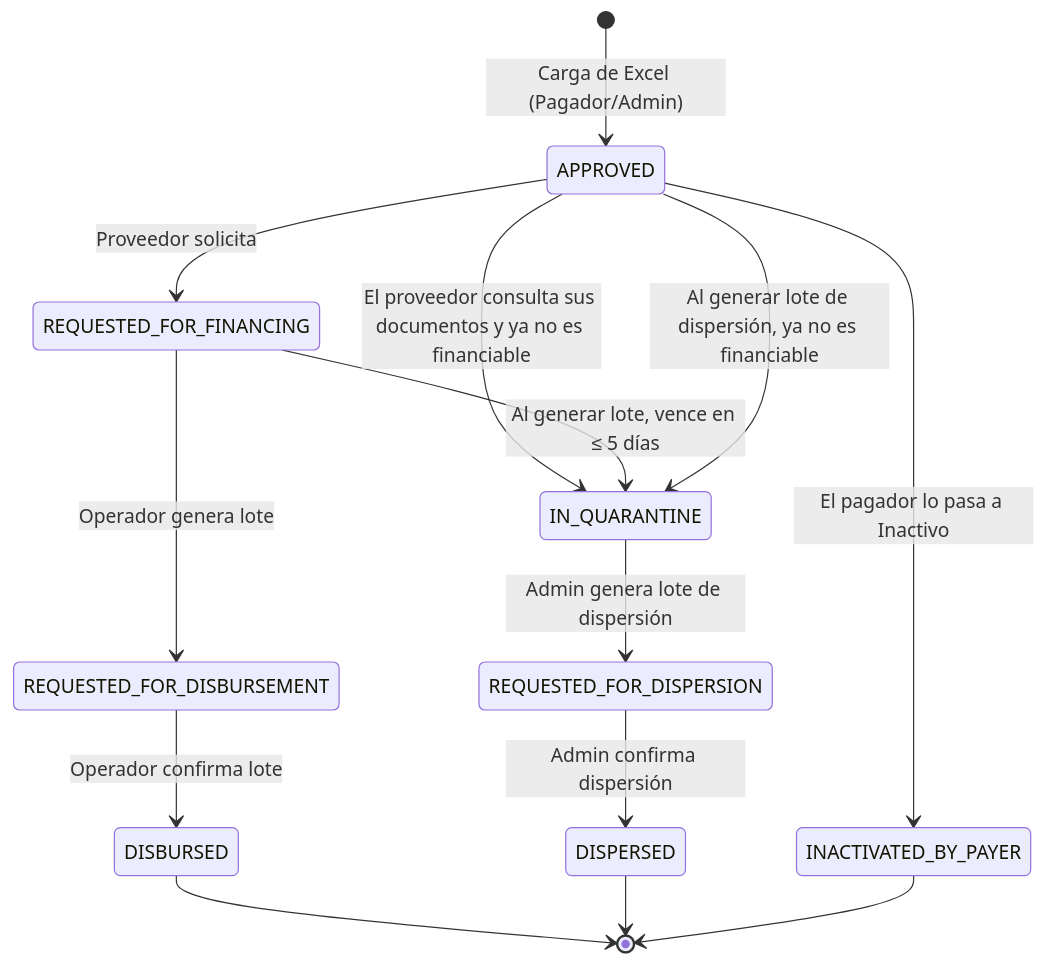
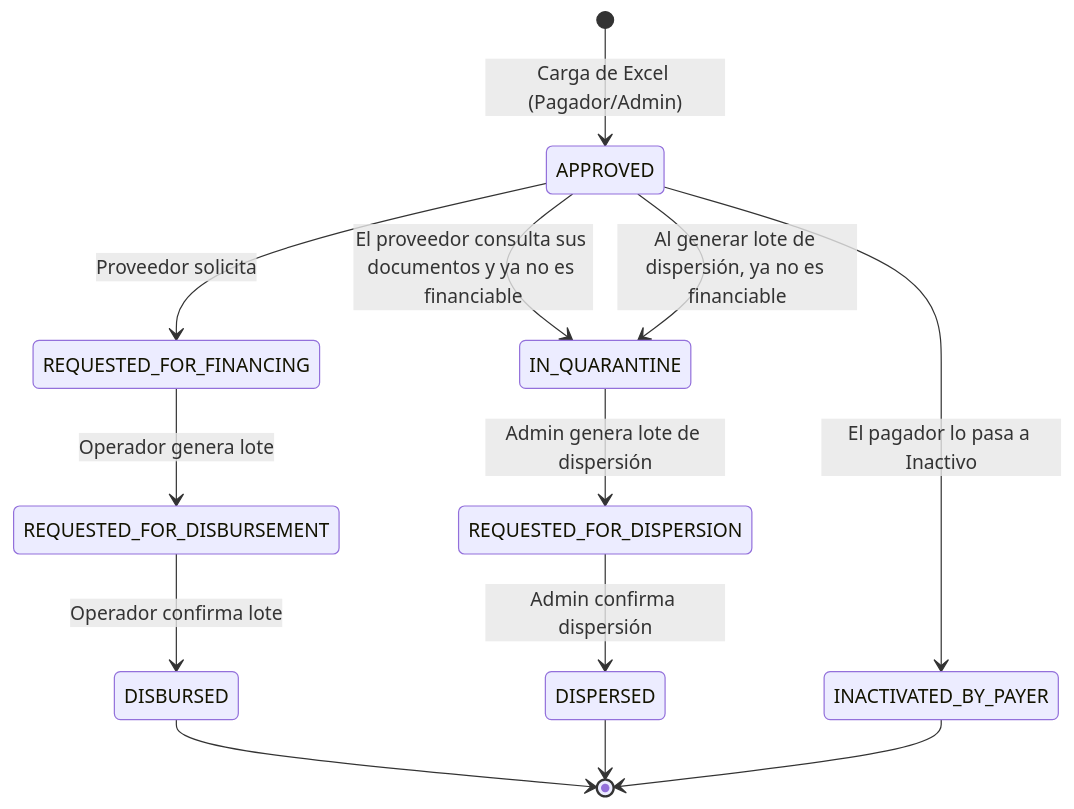
The second of 2 diagrams in Entregable_Puesta_en_Marcha/03_Manual_de_usuario/Manual_de_Usuario.md (CH-DEV01/FINCXP_WORKSPACE), drawn with Mermaid before and after one commit. The commit also changed other lines of this file and 2 other files, not shown here.

````diff
--- a/Entregable_Puesta_en_Marcha/03_Manual_de_usuario/Manual_de_Usuario.md
+++ b/Entregable_Puesta_en_Marcha/03_Manual_de_usuario/Manual_de_Usuario.md
@@ -132,16 +135,15 @@
 ```mermaid
 stateDiagram-v2
     [*] --> APPROVED: Carga de Excel (Pagador/Admin)
     APPROVED --> REQUESTED_FOR_FINANCING: Proveedor solicita
     APPROVED --> IN_QUARANTINE: El proveedor consulta sus documentos y ya no es financiable
     APPROVED --> INACTIVATED_BY_PAYER: El pagador lo pasa a Inactivo
     REQUESTED_FOR_FINANCING --> REQUESTED_FOR_DISBURSEMENT: Operador genera lote
-    REQUESTED_FOR_FINANCING --> IN_QUARANTINE: Al generar lote, vence en ≤ 5 días
     REQUESTED_FOR_DISBURSEMENT --> DISBURSED: Operador confirma lote
     APPROVED --> IN_QUARANTINE: Al generar lote de dispersión, ya no es financiable
     IN_QUARANTINE --> REQUESTED_FOR_DISPERSION: Admin genera lote de dispersión
     REQUESTED_FOR_DISPERSION --> DISPERSED: Admin confirma dispersión
     DISBURSED --> [*]
     DISPERSED --> [*]
     INACTIVATED_BY_PAYER --> [*]
 ```
````
